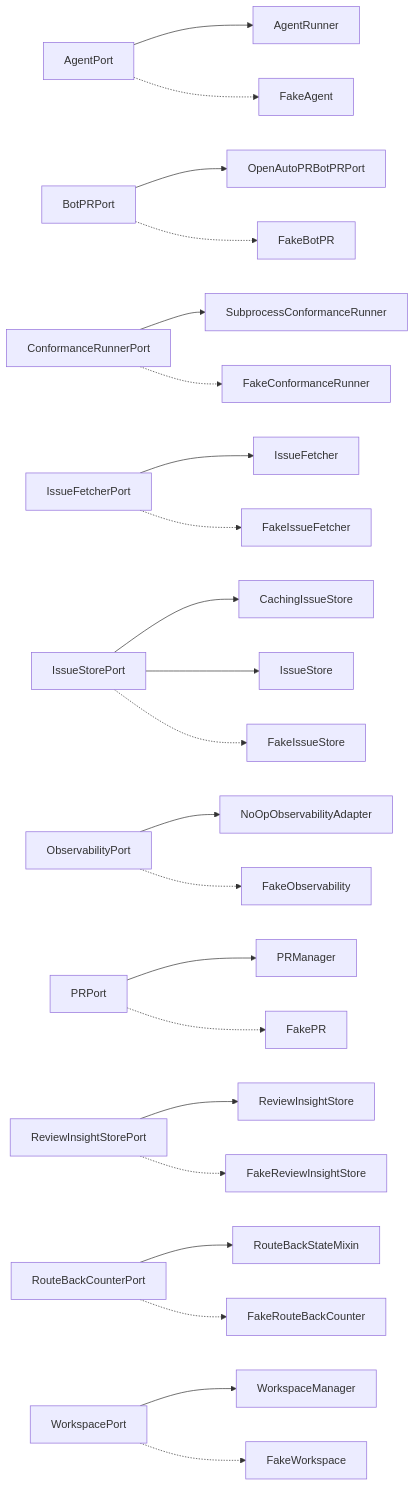
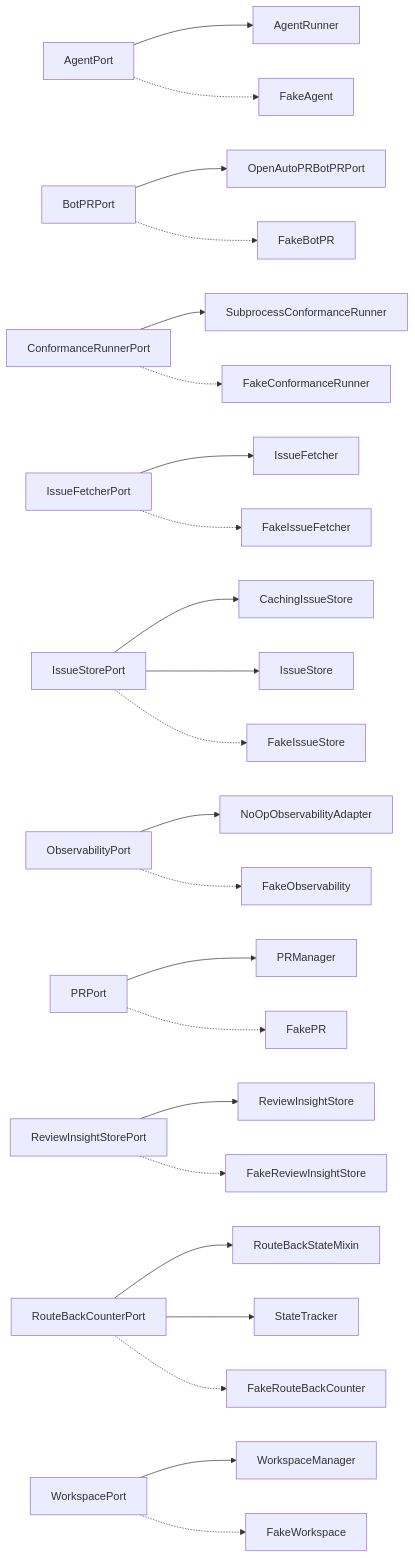
One commit to T-rav/hydraflow changed the diagram in docs/arch/generated/ports.md. Above: the diagram before and after it, drawn with Mermaid. The commit also changed other lines of this file and 21 other files, not shown here.

````diff
--- a/docs/arch/generated/ports.md
+++ b/docs/arch/generated/ports.md
@@ -7,24 +7,25 @@
 ```mermaid
 graph LR
     AgentPort --> AgentRunner
     AgentPort -.-> FakeAgent
     BotPRPort --> OpenAutoPRBotPRPort
     BotPRPort -.-> FakeBotPR
     ConformanceRunnerPort --> SubprocessConformanceRunner
     ConformanceRunnerPort -.-> FakeConformanceRunner
     IssueFetcherPort --> IssueFetcher
     IssueFetcherPort -.-> FakeIssueFetcher
     IssueStorePort --> CachingIssueStore
     IssueStorePort --> IssueStore
     IssueStorePort -.-> FakeIssueStore
     ObservabilityPort --> NoOpObservabilityAdapter
     ObservabilityPort -.-> FakeObservability
     PRPort --> PRManager
     PRPort -.-> FakePR
     ReviewInsightStorePort --> ReviewInsightStore
     ReviewInsightStorePort -.-> FakeReviewInsightStore
     RouteBackCounterPort --> RouteBackStateMixin
+    RouteBackCounterPort --> StateTracker
     RouteBackCounterPort -.-> FakeRouteBackCounter
     WorkspacePort --> WorkspaceManager
     WorkspacePort -.-> FakeWorkspace
 ```
````
